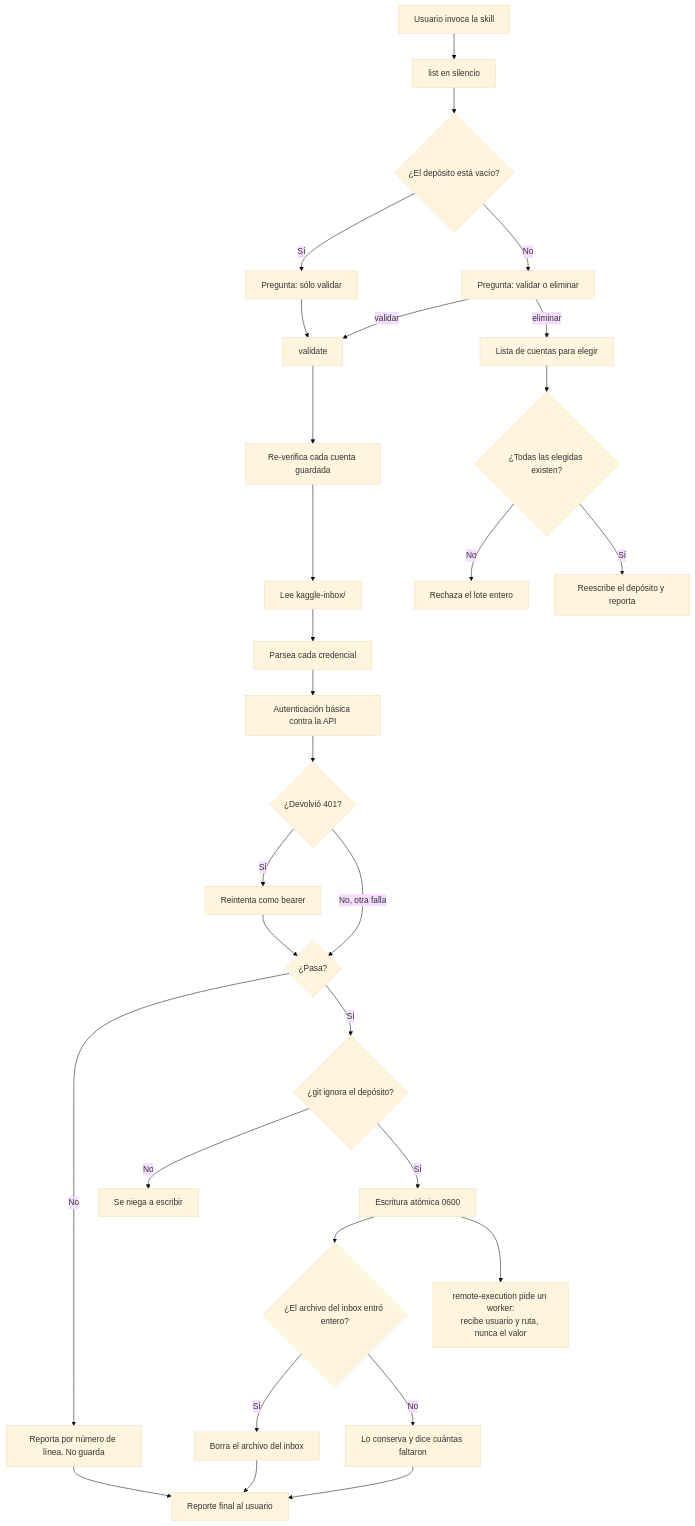
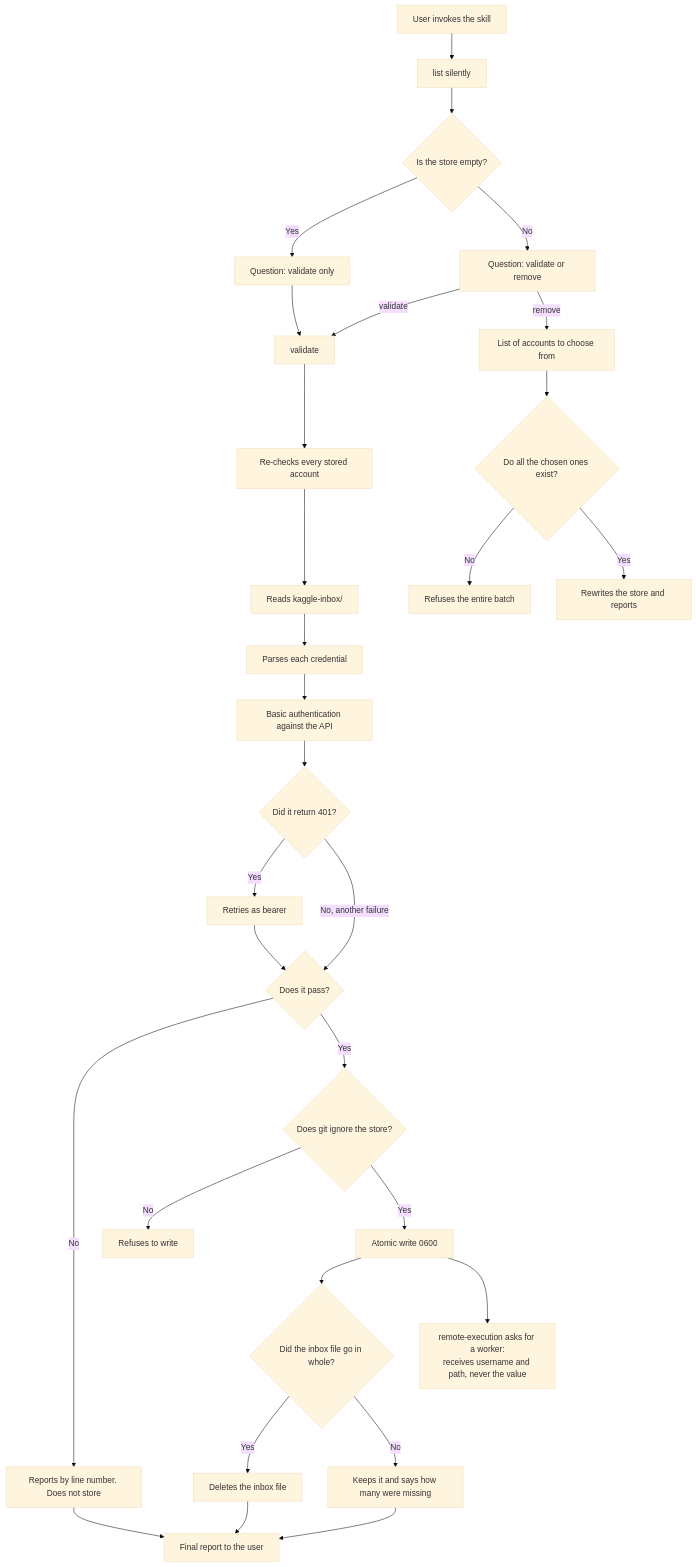
The seventh of 10 diagrams in README.md (AndresCdo/papersmith-ai), drawn with Mermaid (base theme) before and after one commit. The commit also changed other lines of this file, not shown here.

First line of the commit message:
docs(readme): the kaggle-accounts anatomy speaks English

````diff
--- a/README.md
+++ b/README.md
@@ -2388,32 +2389,32 @@
 ```mermaid
 flowchart TD
-    A["Usuario invoca la skill"] --> B["list en silencio"]
-    B --> C{"¿El depósito está vacío?"}
-    C -- Sí --> D["Pregunta: sólo validar"]
-    C -- No --> E["Pregunta: validar o eliminar"]
+    A["User invokes the skill"] --> B["list silently"]
+    B --> C{"Is the store empty?"}
+    C -- Yes --> D["Question: validate only"]
+    C -- No --> E["Question: validate or remove"]
     D --> F["validate"]
-    E -- validar --> F
-    E -- eliminar --> G["Lista de cuentas para elegir"]
-    G --> H{"¿Todas las elegidas existen?"}
-    H -- No --> I["Rechaza el lote entero"]
-    H -- Sí --> J["Reescribe el depósito y reporta"]
-    F --> K["Re-verifica cada cuenta guardada"]
-    K --> L["Lee kaggle-inbox/"]
-    L --> M["Parsea cada credencial"]
-    M --> N["Autenticación básica contra la API"]
-    N --> O{"¿Devolvió 401?"}
-    O -- Sí --> P["Reintenta como bearer"]
-    O -- "No, otra falla" --> Q{"¿Pasa?"}
+    E -- validate --> F
+    E -- remove --> G["List of accounts to choose from"]
+    G --> H{"Do all the chosen ones exist?"}
+    H -- No --> I["Refuses the entire batch"]
+    H -- Yes --> J["Rewrites the store and reports"]
+    F --> K["Re-checks every stored account"]
+    K --> L["Reads kaggle-inbox/"]
+    L --> M["Parses each credential"]
+    M --> N["Basic authentication against the API"]
+    N --> O{"Did it return 401?"}
+    O -- Yes --> P["Retries as bearer"]
+    O -- "No, another failure" --> Q{"Does it pass?"}
     P --> Q
-    Q -- No --> R["Reporta por número de línea. No guarda"]
-    Q -- Sí --> S{"¿git ignora el depósito?"}
-    S -- No --> T["Se niega a escribir"]
-    S -- Sí --> U["Escritura atómica 0600"]
-    U --> V{"¿El archivo del inbox entró entero?"}
-    V -- Sí --> W["Borra el archivo del inbox"]
-    V -- No --> X["Lo conserva y dice cuántas faltaron"]
-    W --> Y["Reporte final al usuario"]
+    Q -- No --> R["Reports by line number. Does not store"]
+    Q -- Yes --> S{"Does git ignore the store?"}
+    S -- No --> T["Refuses to write"]
+    S -- Yes --> U["Atomic write 0600"]
+    U --> V{"Did the inbox file go in whole?"}
+    V -- Yes --> W["Deletes the inbox file"]
+    V -- No --> X["Keeps it and says how many were missing"]
+    W --> Y["Final report to the user"]
     X --> Y
     R --> Y
-    U --> Z["remote-execution pide un worker:<br/>recibe usuario y ruta, nunca el valor"]
+    U --> Z["remote-execution asks for a worker:<br/>receives username and path, never the value"]
 ```
````
